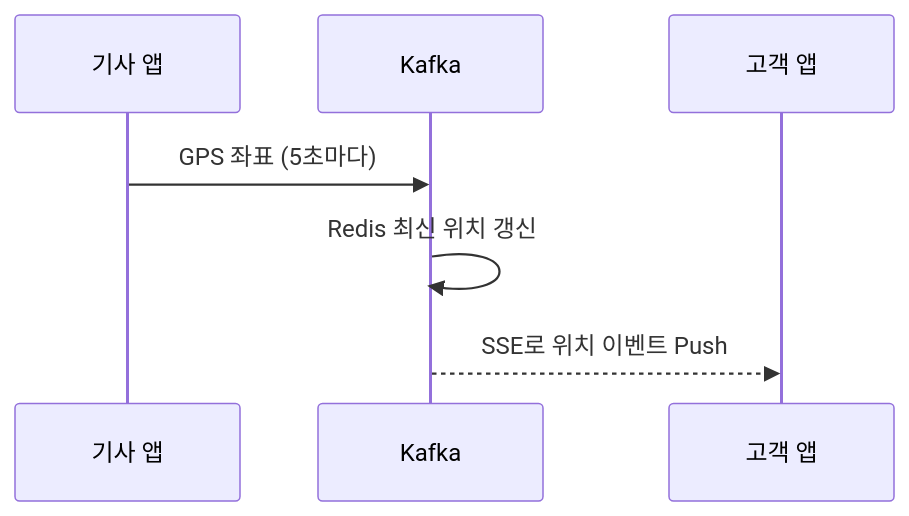
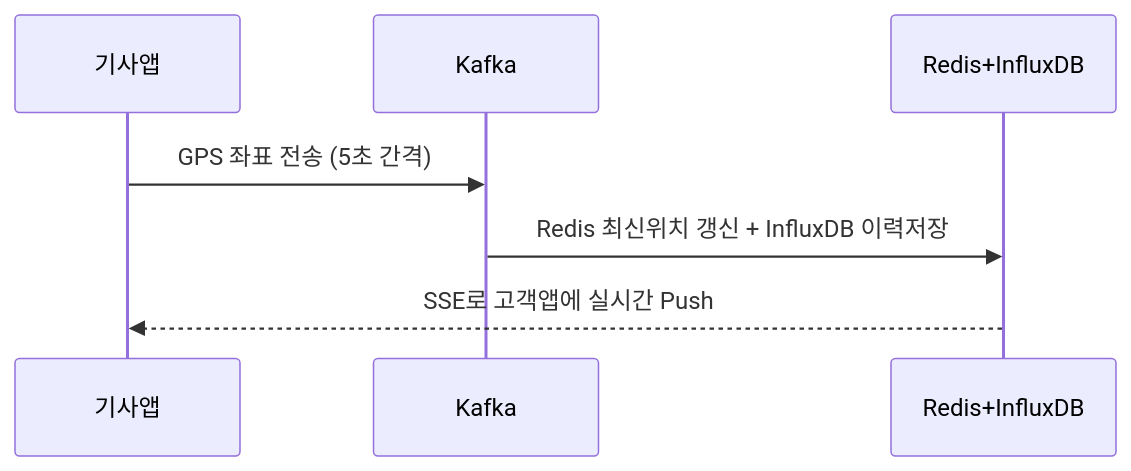
The third of 3 diagrams in _posts/systemdesign/2026-05-11-system-design-delivery.md (yjkim2015/yjkim2015.github.io), drawn with Mermaid before and after one commit. The commit also changed other lines of this file and 5 other files, not shown here.

````diff
--- a/_posts/systemdesign/2026-05-11-system-design-delivery.md
+++ b/_posts/systemdesign/2026-05-11-system-design-delivery.md
@@ -160,9 +166,9 @@
 ```mermaid
 sequenceDiagram
-    participant D as 기사 앱
+    participant D as 기사앱
     participant K as Kafka
-    participant C as 고객 앱
-    D->>K: GPS 좌표 (5초마다)
-    K->>K: Redis 최신 위치 갱신
-    K-->>C: SSE로 위치 이벤트 Push
+    participant R as Redis+InfluxDB
+    D->>K: GPS 좌표 전송 (5초 간격)
+    K->>R: Redis 최신위치 갱신 + InfluxDB 이력저장
+    R-->>D: SSE로 고객앱에 실시간 Push
 ```
````
